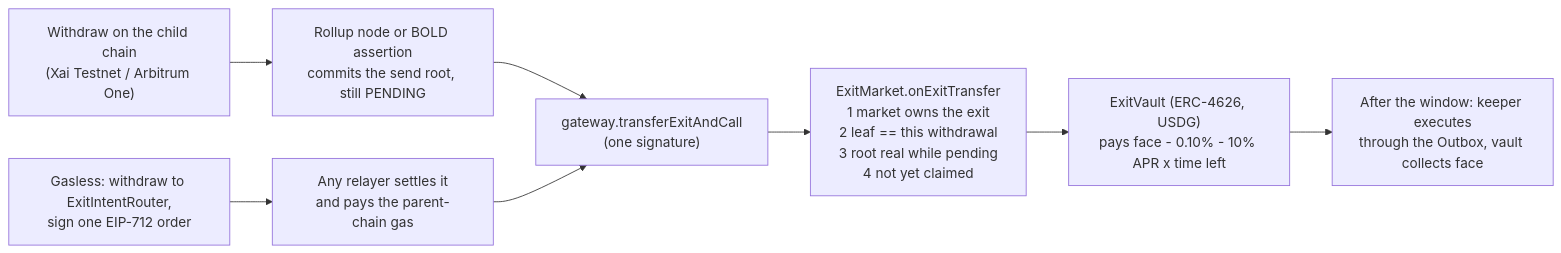
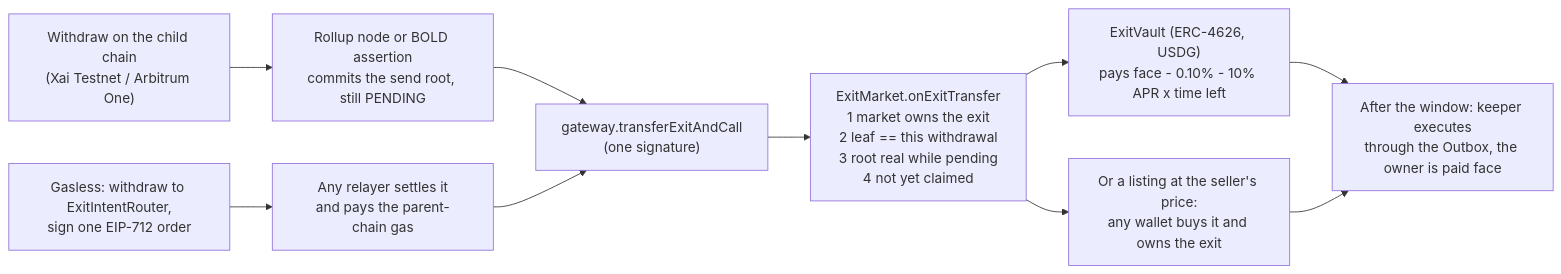
The diagram in README.md (Mohamed-Aaftaab/Exit-Market), drawn with Mermaid before and after one commit. The commit also changed other lines of this file and 16 other files, not shown here.

````diff
--- a/README.md
+++ b/README.md
@@ -71,9 +73,11 @@
 ```mermaid
 flowchart LR
   W["Withdraw on the child chain<br/>(Xai Testnet / Arbitrum One)"] --> N["Rollup node or BOLD assertion<br/>commits the send root, still PENDING"]
   N --> G["gateway.transferExitAndCall<br/>(one signature)"]
   G --> M["ExitMarket.onExitTransfer<br/>1 market owns the exit<br/>2 leaf == this withdrawal<br/>3 root real while pending<br/>4 not yet claimed"]
   M --> V["ExitVault (ERC-4626, USDG)<br/>pays face - 0.10% - 10% APR x time left"]
-  V --> K["After the window: keeper executes<br/>through the Outbox, vault collects face"]
+  M --> L["Or a listing at the seller's price:<br/>any wallet buys it and owns the exit"]
+  V --> K["After the window: keeper executes<br/>through the Outbox, the owner is paid face"]
+  L --> K
   I["Gasless: withdraw to ExitIntentRouter,<br/>sign one EIP-712 order"] --> R["Any relayer settles it<br/>and pays the parent-chain gas"] --> G
 ```
````
